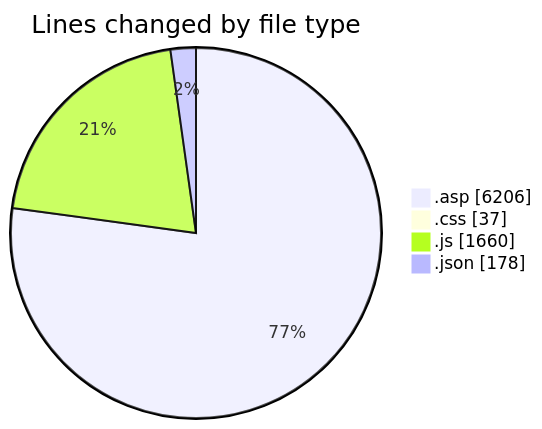
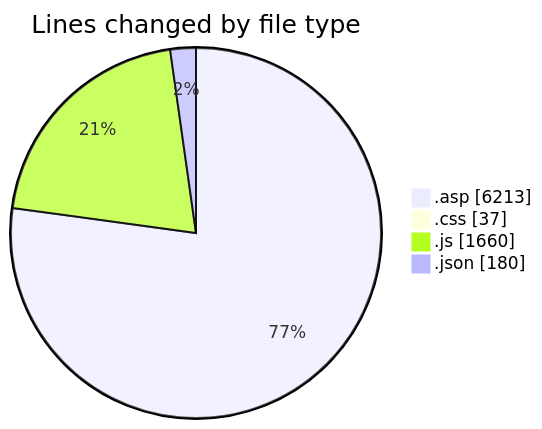
One commit to julien-gomy/code-tracking changed the first of 2 diagrams in 2025-11-02/cdp_aleoudev_fr__workspace_/README.md. Above: the diagram before and after it, drawn with Mermaid. The commit also changed other lines of this file and 1 other file, not shown here.

````diff
--- a/2025-11-02/cdp_aleoudev_fr__workspace_/README.md
+++ b/2025-11-02/cdp_aleoudev_fr__workspace_/README.md
@@ -27,8 +27,8 @@
 ```mermaid
 pie showData
 title Lines changed by file type
-".asp" : 6206
+".asp" : 6213
 ".css" : 37
 ".js" : 1660
-".json" : 178
+".json" : 180
 ```
````
